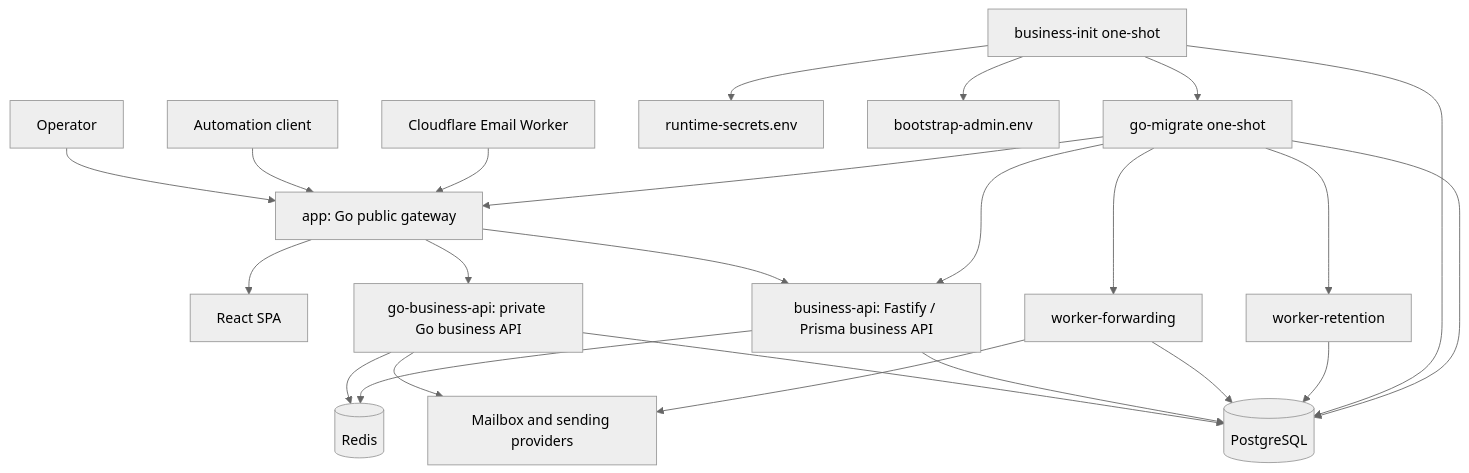
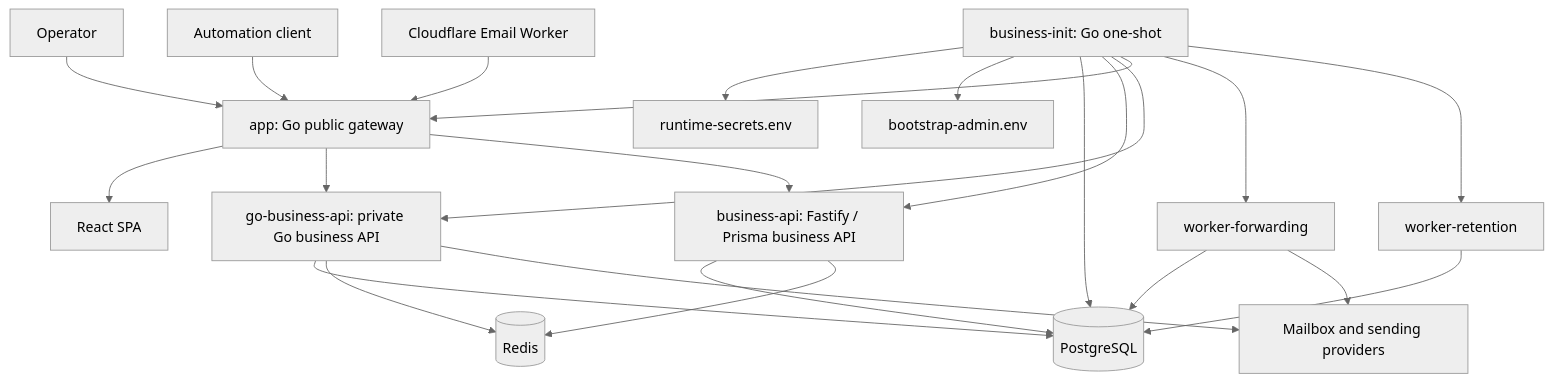
The diagram in README.md (feng123-new/all-Mail), drawn with Mermaid (neutral theme) before and after one commit. The commit also changed other lines of this file and 47 other files, not shown here.

Commit message:
feat(go-init): own schema and runtime initialization

````diff
--- a/README.md
+++ b/README.md
@@ -39,30 +39,29 @@
 ```mermaid
 flowchart TD
     Operator[Operator] --> GoAPI[app: Go public gateway]
     Automation[Automation client] --> GoAPI
     Edge[Cloudflare Email Worker] --> GoAPI
 
     GoAPI --> SPA[React SPA]
     GoAPI --> GoBusiness[go-business-api: private Go business API]
     GoAPI --> Legacy[business-api: Fastify / Prisma business API]
 
     GoBusiness --> Postgres[(PostgreSQL)]
     GoBusiness --> Redis[(Redis)]
     GoBusiness --> Providers[Mailbox and sending providers]
     Legacy --> Postgres[(PostgreSQL)]
     Legacy --> Redis[(Redis)]
 
     Forwarding[worker-forwarding] --> Postgres
     Forwarding --> Providers
     Retention[worker-retention] --> Postgres
 
-    LegacyInit[business-init one-shot] --> RuntimeSecrets[runtime-secrets.env]
-    LegacyInit --> AdminSecret[bootstrap-admin.env]
-    LegacyInit --> Postgres
-    GoMigrate[go-migrate one-shot] --> Postgres
-    LegacyInit --> GoMigrate
-    GoMigrate --> Legacy
-    GoMigrate --> GoAPI
-    GoMigrate --> Forwarding
-    GoMigrate --> Retention
+    GoInit[business-init: Go one-shot] --> RuntimeSecrets[runtime-secrets.env]
+    GoInit --> AdminSecret[bootstrap-admin.env]
+    GoInit --> Postgres
+    GoInit --> Legacy
+    GoInit --> GoBusiness
+    GoInit --> GoAPI
+    GoInit --> Forwarding
+    GoInit --> Retention
 ```
````
